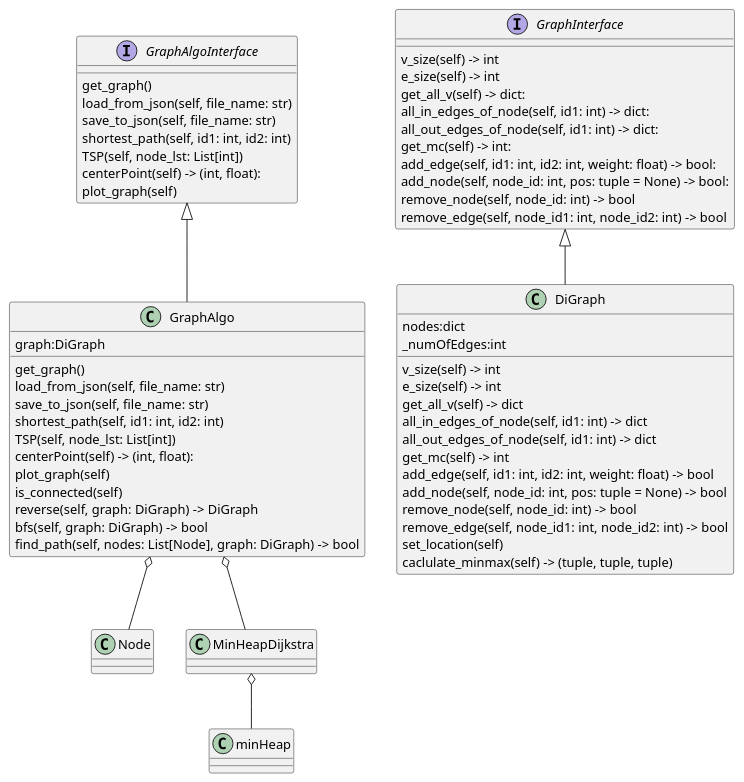
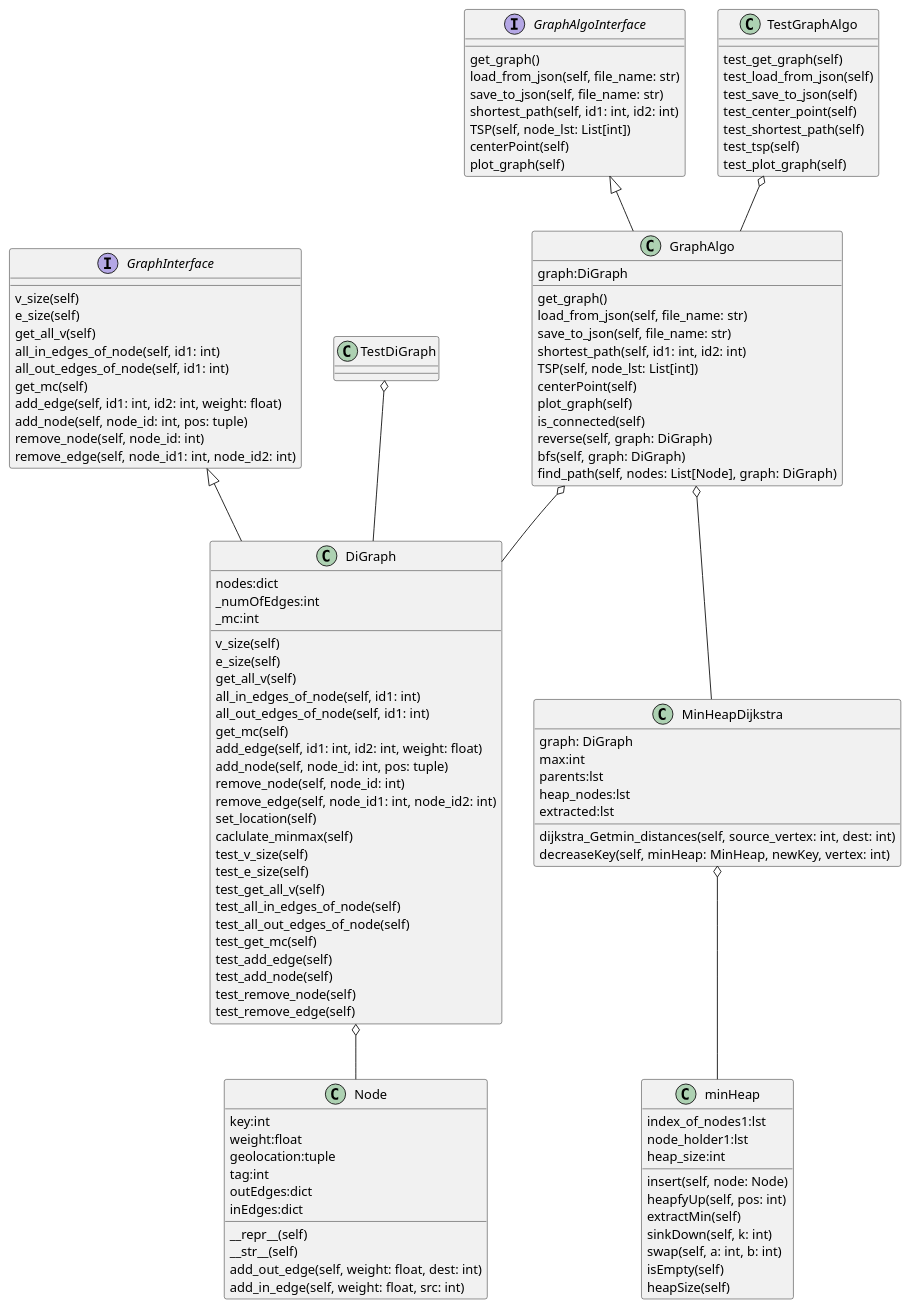
Before and after one commit to ShauliTaragin/OOP_Ex3: the diagram in z.puml, drawn with PlantUML. The commit also changed 2 other files, not shown here.

Commit message:
added classes at uml and changed some names

```diff
--- a/z.puml
+++ b/z.puml
@@ -1,71 +1,132 @@
 @startuml
 'https://plantuml.com/class-diagram
 
 
 interface GraphAlgoInterface
 interface GraphInterface
 
 GraphAlgoInterface <|-- GraphAlgo
 GraphInterface <|-- DiGraph
-GraphAlgo o-- Node
+DiGraph o-- Node
 GraphAlgo o-- MinHeapDijkstra
+GraphAlgo o-- DiGraph
 MinHeapDijkstra o-- minHeap
+TestGraphAlgo o-- GraphAlgo
+TestDiGraph o-- DiGraph
 
 
 interface GraphAlgoInterface{
 get_graph()
 load_from_json(self, file_name: str)
 save_to_json(self, file_name: str)
 shortest_path(self, id1: int, id2: int)
 TSP(self, node_lst: List[int])
-centerPoint(self) -> (int, float):
+centerPoint(self)
 plot_graph(self)
 }
 interface GraphInterface{
-v_size(self) -> int
-e_size(self) -> int
-get_all_v(self) -> dict:
-all_in_edges_of_node(self, id1: int) -> dict:
-all_out_edges_of_node(self, id1: int) -> dict:
-get_mc(self) -> int:
-add_edge(self, id1: int, id2: int, weight: float) -> bool:
-add_node(self, node_id: int, pos: tuple = None) -> bool:
-remove_node(self, node_id: int) -> bool
-remove_edge(self, node_id1: int, node_id2: int) -> bool
+v_size(self)
+e_size(self)
+get_all_v(self)
+all_in_edges_of_node(self, id1: int)
+all_out_edges_of_node(self, id1: int)
+get_mc(self)
+add_edge(self, id1: int, id2: int, weight: float)
+add_node(self, node_id: int, pos: tuple)
+remove_node(self, node_id: int)
+remove_edge(self, node_id1: int, node_id2: int)
 }
 
 class GraphAlgo {
 get_graph()
 load_from_json(self, file_name: str)
 save_to_json(self, file_name: str)
 shortest_path(self, id1: int, id2: int)
 TSP(self, node_lst: List[int])
-centerPoint(self) -> (int, float):
+centerPoint(self)
 plot_graph(self)
 is_connected(self)
-reverse(self, graph: DiGraph) -> DiGraph
-bfs(self, graph: DiGraph) -> bool
-find_path(self, nodes: List[Node], graph: DiGraph) -> bool
+reverse(self, graph: DiGraph)
+bfs(self, graph: DiGraph)
+find_path(self, nodes: List[Node], graph: DiGraph)
 graph:DiGraph
 }
 
 class DiGraph {
-v_size(self) -> int
-e_size(self) -> int
-get_all_v(self) -> dict
-all_in_edges_of_node(self, id1: int) -> dict
-all_out_edges_of_node(self, id1: int) -> dict
-get_mc(self) -> int
-add_edge(self, id1: int, id2: int, weight: float) -> bool
-add_node(self, node_id: int, pos: tuple = None) -> bool
-remove_node(self, node_id: int) -> bool
-remove_edge(self, node_id1: int, node_id2: int) -> bool
+v_size(self)
+e_size(self)
+get_all_v(self)
+all_in_edges_of_node(self, id1: int)
+all_out_edges_of_node(self, id1: int)
+get_mc(self)
+add_edge(self, id1: int, id2: int, weight: float)
+add_node(self, node_id: int, pos: tuple)
+remove_node(self, node_id: int)
+remove_edge(self, node_id1: int, node_id2: int)
 set_location(self)
-caclulate_minmax(self) -> (tuple, tuple, tuple)
+caclulate_minmax(self)
 nodes:dict
 _numOfEdges:int
+_mc:int
+}
 
+class MinHeapDijkstra{
+dijkstra_Getmin_distances(self, source_vertex: int, dest: int)
+decreaseKey(self, minHeap: MinHeap, newKey, vertex: int)
+graph: DiGraph
+max:int
+parents:lst
+heap_nodes:lst
+extracted:lst
+}
+
+class minHeap {
+insert(self, node: Node)
+heapfyUp(self, pos: int)
+extractMin(self)
+sinkDown(self, k: int)
+swap(self, a: int, b: int)
+isEmpty(self)
+heapSize(self)
+index_of_nodes1:lst
+node_holder1:lst
+heap_size:int
+}
+
+class TestGraphAlgo{
+test_get_graph(self)
+test_load_from_json(self)
+test_save_to_json(self)
+test_center_point(self)
+test_shortest_path(self)
+test_tsp(self)
+test_plot_graph(self)
+}
+class DiGraph{
+test_v_size(self)
+test_e_size(self)
+test_get_all_v(self)
+test_all_in_edges_of_node(self)
+test_all_out_edges_of_node(self)
+test_get_mc(self)
+test_add_edge(self)
+test_add_node(self)
+test_remove_node(self)
+test_remove_edge(self)
+}
+
+class Node{
+__repr__(self)
+__str__(self)
+add_out_edge(self, weight: float, dest: int)
+add_in_edge(self, weight: float, src: int)
+key:int
+weight:float
+geolocation:tuple
+tag:int
+outEdges:dict
+inEdges:dict
 }
 
 
 @enduml
```
